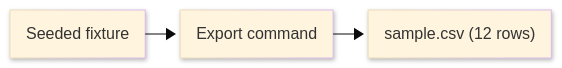
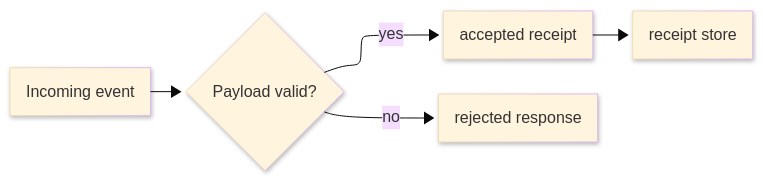
The diagram in docs/standards/learning/tutorial.md (bsamiee/Rasm), drawn with Mermaid before and after one commit. The commit also changed other lines of this file and 21 other files, not shown here.

````diff
--- a/docs/standards/learning/tutorial.md
+++ b/docs/standards/learning/tutorial.md
@@ -167,17 +186,19 @@
 ```mermaid
 ---
 config:
   layout: elk
   look: neo
   theme: base
   elk:
     mergeEdges: false
     nodePlacementStrategy: BRANDES_KOEPF
     cycleBreakingStrategy: GREEDY_MODEL_ORDER
 ---
 flowchart LR
-    accTitle: CSV export end-state preview
-    accDescr: The finished tutorial produces a seeded export file from a fixture through the export command.
-    Fixture["Seeded fixture"] --> Command["Export command"]
-    Command --> Csv["sample.csv (12 rows)"]
+    accTitle: EventPipeline route
+    accDescr: The completed lesson builds one EventPipeline route that validates an incoming event, writes the accepted receipt, and rejects invalid payloads before storage.
+    Event["Incoming event"] --> Validate{"Payload valid?"}
+    Validate -->|yes| Receipt["accepted receipt"]
+    Validate -->|no| Reject["rejected response"]
+    Receipt --> Store["receipt store"]
 ```
````
